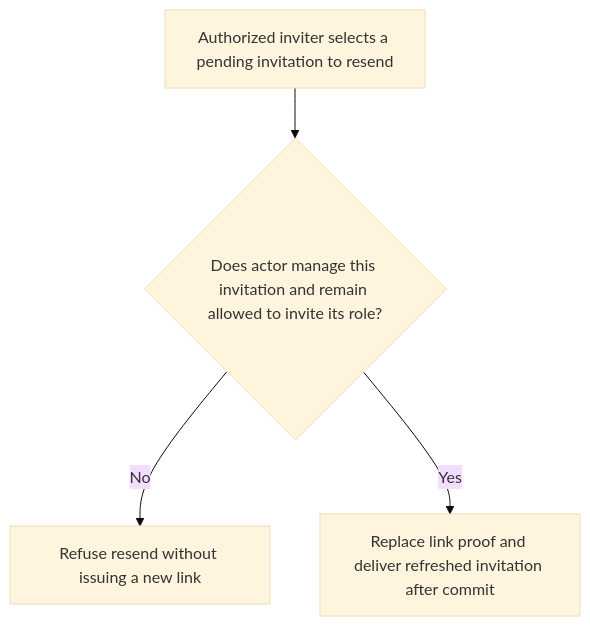
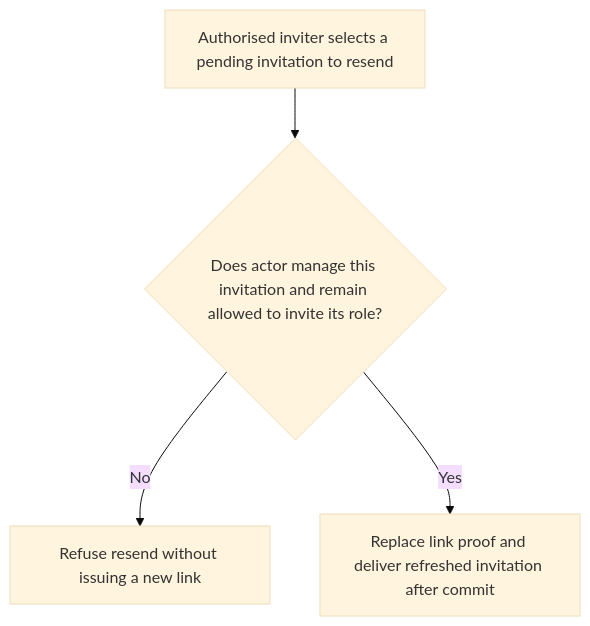
One commit to Kevinjohn/oss-adonisjs-account-kit changed the first of 2 diagrams in user-stories/US-ACCOUNT-11-resend-invitation.md. Above: the diagram before and after it, drawn with Mermaid (base theme). The commit also changed other lines of this file and 93 other files, not shown here.

````diff
--- a/user-stories/US-ACCOUNT-11-resend-invitation.md
+++ b/user-stories/US-ACCOUNT-11-resend-invitation.md
@@ -18,6 +18,6 @@
 ```mermaid
 flowchart TD
- A["Authorized inviter selects a pending invitation to resend"] --> B{"Does actor manage this invitation and remain allowed to invite its role?"}
+ A["Authorised inviter selects a pending invitation to resend"] --> B{"Does actor manage this invitation and remain allowed to invite its role?"}
  B -->|No| C["Refuse resend without issuing a new link"]
  B -->|Yes| D["Replace link proof and deliver refreshed invitation after commit"]
 ```
````
